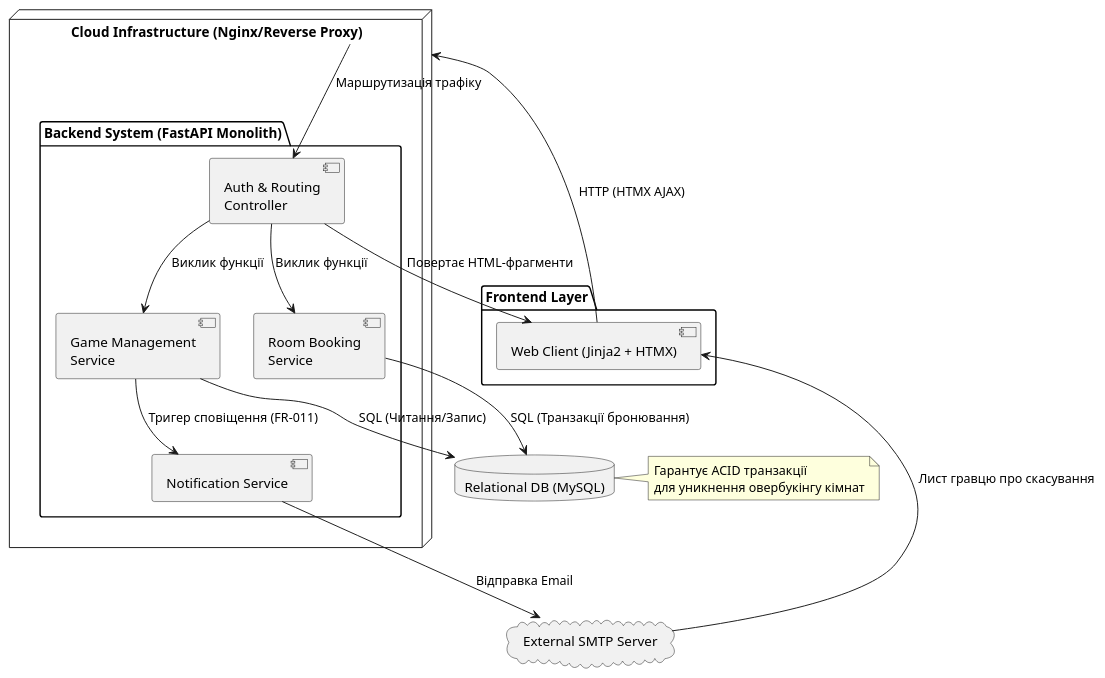
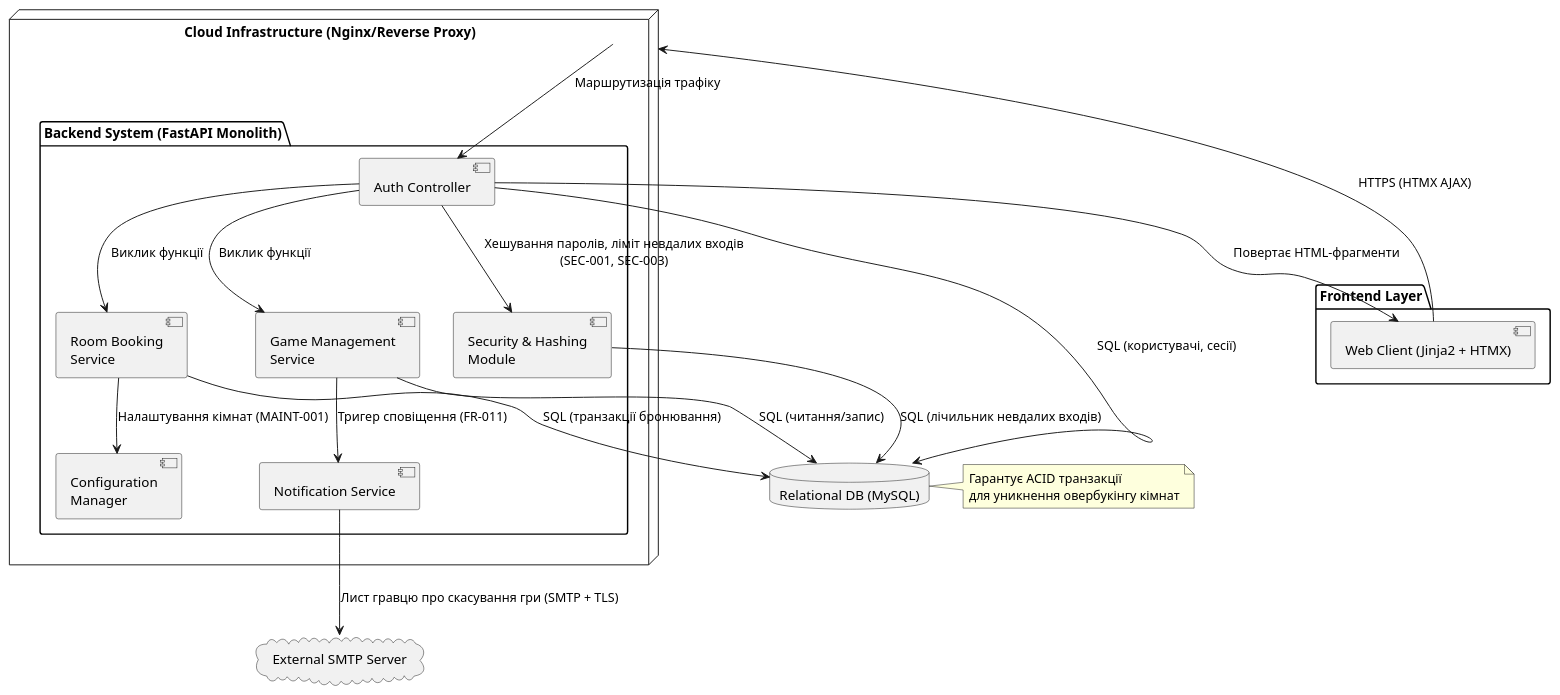
Before and after one commit to ukma-fin-ssdm-2026/vibecoders: the diagram in docs/architecture/uml/component-diagram.puml, drawn with PlantUML. The commit also changed 1 other file, not shown here.

Commit message:
edit docs/architecture/uml

```diff
--- a/docs/architecture/uml/component-diagram.puml
+++ b/docs/architecture/uml/component-diagram.puml
@@ -1,36 +1,41 @@
 @startuml
 skinparam componentStyle uml2
 
 package "Frontend Layer" {
   component "Web Client (Jinja2 + HTMX)" as Client
 }
 
 node "Cloud Infrastructure (Nginx/Reverse Proxy)" as Cloud {
   package "Backend System (FastAPI Monolith)" {
-    component "Auth & Routing\nController" as Auth
+    component "Auth Controller" as Auth
+    component "Security & Hashing\nModule" as Sec
+    component "Configuration\nManager" as Conf
     component "Game Management\nService" as GameSvc
     component "Room Booking\nService" as RoomSvc
     component "Notification Service" as NotifSvc
   }
 }
 
 database "Relational DB (MySQL)" as DB
 cloud "External SMTP Server" as SMTP
 
-Client --> Cloud : HTTP (HTMX AJAX)
+Client --> Cloud : HTTPS (HTMX AJAX)
 Cloud --> Auth : Маршрутизація трафіку
+Auth --> Sec : Хешування паролів, ліміт невдалих входів\n(SEC-001, SEC-003)
+Auth --> DB : SQL (користувачі, сесії)
+Sec --> DB : SQL (лічильник невдалих входів)
 Auth --> GameSvc : Виклик функції
 Auth --> RoomSvc : Виклик функції
-GameSvc --> DB : SQL (Читання/Запис)
-RoomSvc --> DB : SQL (Транзакції бронювання)
+RoomSvc --> Conf : Налаштування кімнат (MAINT-001)
+GameSvc --> DB : SQL (читання/запис)
+RoomSvc --> DB : SQL (транзакції бронювання)
 Auth --> Client : Повертає HTML-фрагменти
 
 GameSvc --> NotifSvc : Тригер сповіщення (FR-011)
-NotifSvc --> SMTP : Відправка Email
-SMTP --> Client : Лист гравцю про скасування
+NotifSvc --> SMTP : Лист гравцю про скасування гри (SMTP + TLS)
 
 note right of DB
   Гарантує ACID транзакції
   для уникнення овербукінгу кімнат
 end note
 @enduml
```
